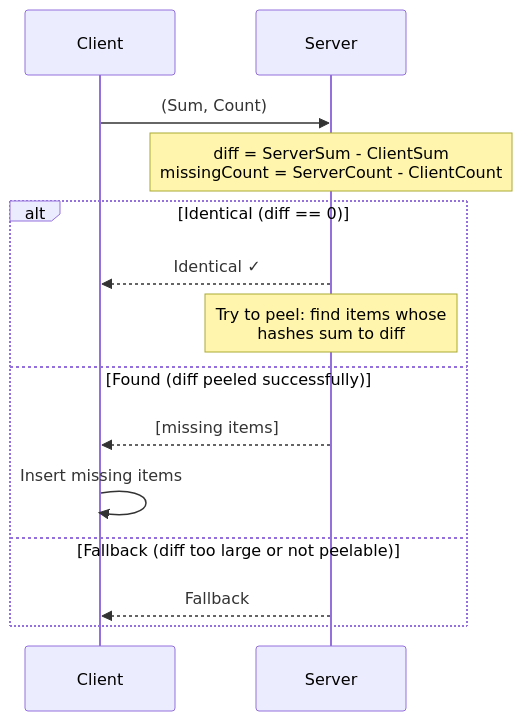
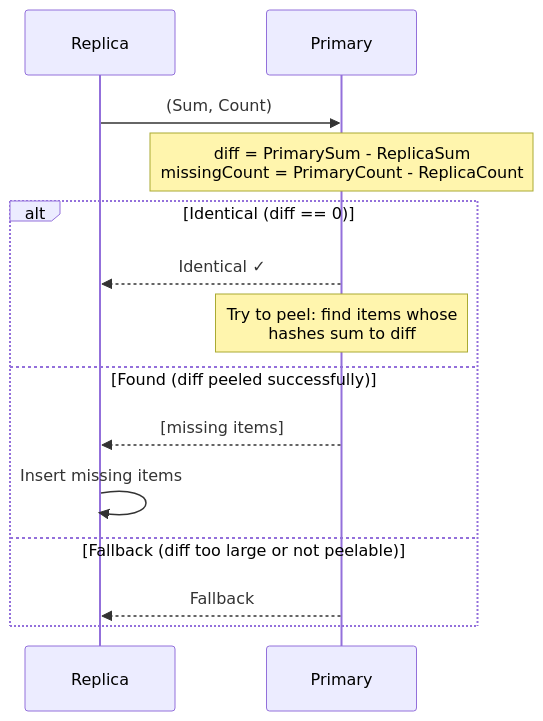
One commit to arj03/setsum-cs changed the first of 8 diagrams in SetSum/Sync/README.md. Above: the diagram before and after it, drawn with Mermaid. The commit also changed other lines of this file and 5 other files, not shown here.

Commit message:
Move things around and clear terminology to use primary and replica

````diff
--- a/SetSum/Sync/README.md
+++ b/SetSum/Sync/README.md
@@ -38,17 +38,17 @@
 ```mermaid
 sequenceDiagram
-    participant C as Client
-    participant S as Server
+    participant R as Replica
+    participant P as Primary
 
-    C->>S: (Sum, Count)
-    Note over S: diff = ServerSum - ClientSum<br/>missingCount = ServerCount - ClientCount
+    R->>P: (Sum, Count)
+    Note over P: diff = PrimarySum - ReplicaSum<br/>missingCount = PrimaryCount - ReplicaCount
     alt Identical (diff == 0)
-        S-->>C: Identical ✓
-    Note over S: Try to peel: find items whose<br/>hashes sum to diff
+        P-->>R: Identical ✓
+    Note over P: Try to peel: find items whose<br/>hashes sum to diff
     else Found (diff peeled successfully)
-        S-->>C: [missing items]
-        C->>C: Insert missing items
+        P-->>R: [missing items]
+        R->>R: Insert missing items
     else Fallback (diff too large or not peelable)
-        S-->>C: Fallback
+        P-->>R: Fallback
     end
 ```
````
